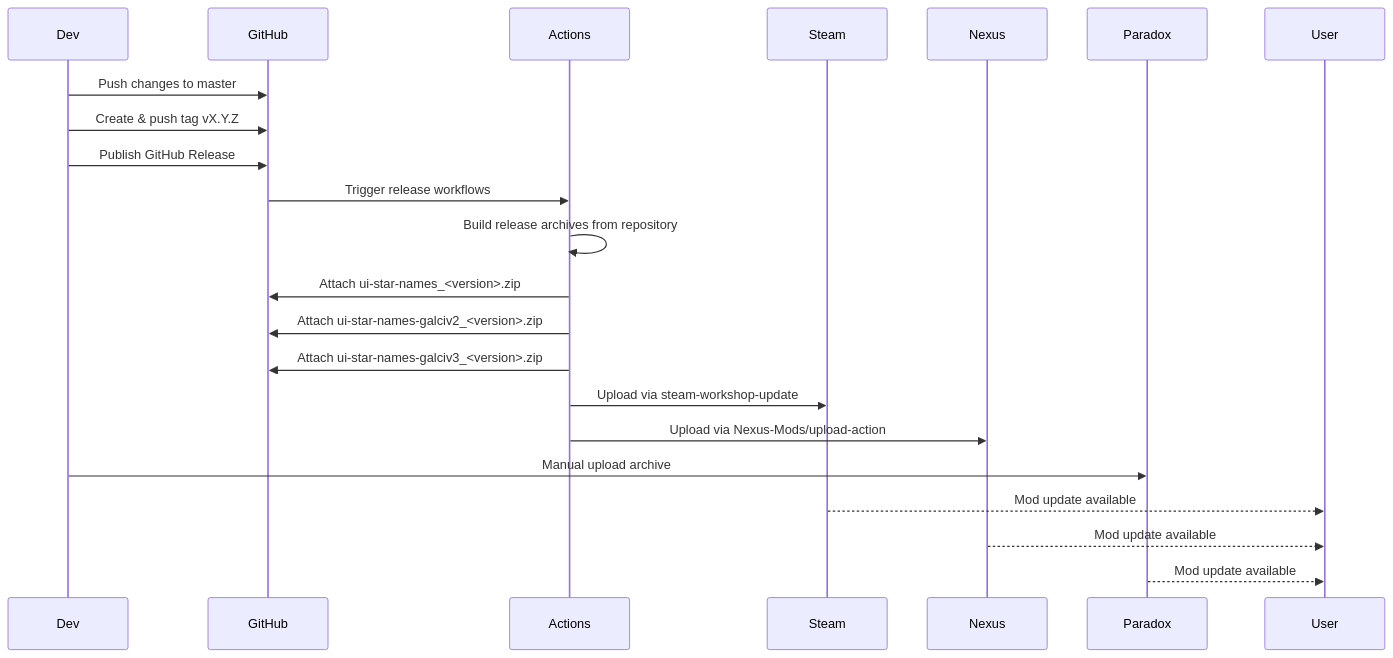
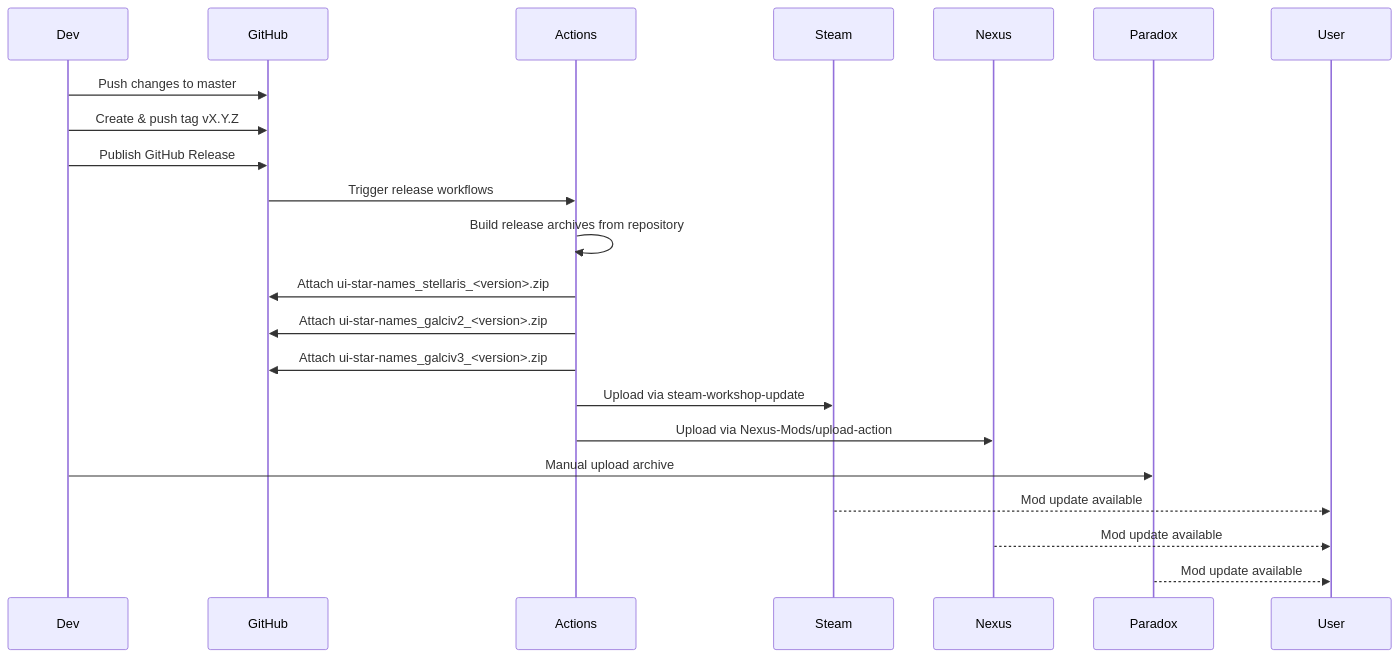
The diagram in docs/flows/release-and-distribution.md (hmlendea/stellaris-ui-star-names), drawn with Mermaid before and after one commit. The commit also changed other lines of this file and 8 other files, not shown here.

````diff
--- a/docs/flows/release-and-distribution.md
+++ b/docs/flows/release-and-distribution.md
@@ -9,24 +9,24 @@
 ```mermaid
 sequenceDiagram
     participant Dev
     participant GitHub
     participant Actions
     participant Steam
     participant Nexus
     participant Paradox
 
     Dev->>GitHub: Push changes to master
     Dev->>GitHub: Create & push tag vX.Y.Z
     Dev->>GitHub: Publish GitHub Release
     GitHub->>Actions: Trigger release workflows
     Actions->>Actions: Build release archives from repository
-    Actions->>GitHub: Attach ui-star-names_<version>.zip
-    Actions->>GitHub: Attach ui-star-names-galciv2_<version>.zip
-    Actions->>GitHub: Attach ui-star-names-galciv3_<version>.zip
+    Actions->>GitHub: Attach ui-star-names_stellaris_<version>.zip
+    Actions->>GitHub: Attach ui-star-names_galciv2_<version>.zip
+    Actions->>GitHub: Attach ui-star-names_galciv3_<version>.zip
     Actions->>Steam: Upload via steam-workshop-update
     Actions->>Nexus: Upload via Nexus-Mods/upload-action
     Dev->>Paradox: Manual upload archive
     Steam-->>User: Mod update available
     Nexus-->>User: Mod update available
     Paradox-->>User: Mod update available
 ```
````
